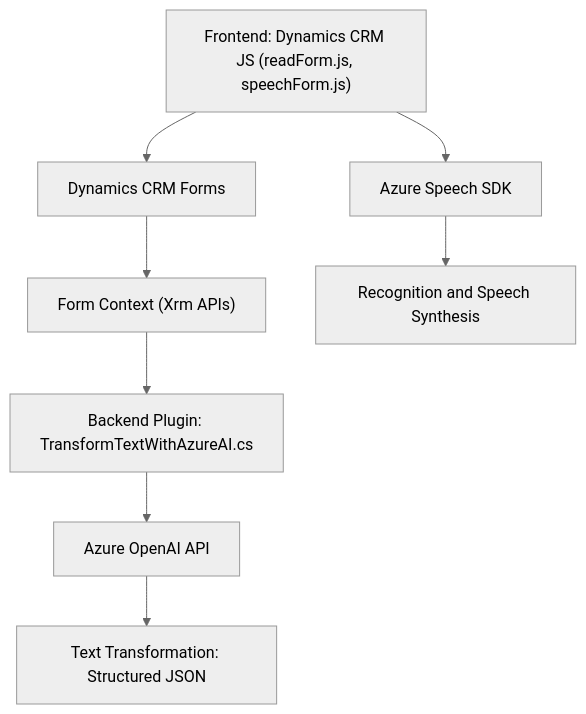
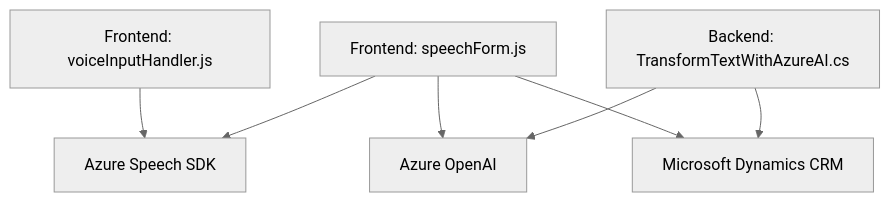
One commit to blopezdm/NETCORE_BILBAO2025 changed the diagram in README.md. Above: the diagram before and after it, drawn with Mermaid (neutral theme). The commit also changed other lines of this file, not shown here.

````diff
--- a/README.md
+++ b/README.md
@@ -47,10 +46,16 @@
 ```mermaid
 graph TD
-    A["Frontend: Dynamics CRM JS (readForm.js, speechForm.js)"] --> B["Azure Speech SDK"]
-    A --> C["Dynamics CRM Forms"]
-    C --> D["Form Context (Xrm APIs)"]
-    D --> E["Backend Plugin: TransformTextWithAzureAI.cs"]
-    B --> F["Recognition and Speech Synthesis"]
-    E --> G["Azure OpenAI API"]
-    G --> H["Text Transformation: Structured JSON"]
+    A["Frontend: voiceInputHandler.js"]
+    B["Frontend: speechForm.js"]
+    C["Backend: TransformTextWithAzureAI.cs"]
+    D["Azure Speech SDK"]
+    E["Azure OpenAI"]
+    F["Microsoft Dynamics CRM"]
+
+    A --> D
+    B --> D
+    B --> E
+    B --> F
+    C --> E
+    C --> F
 ```
````
